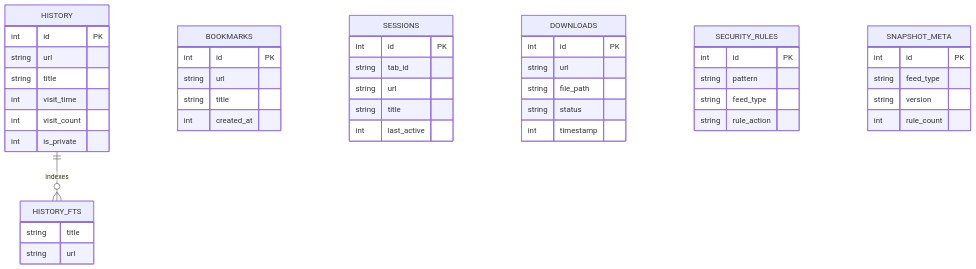
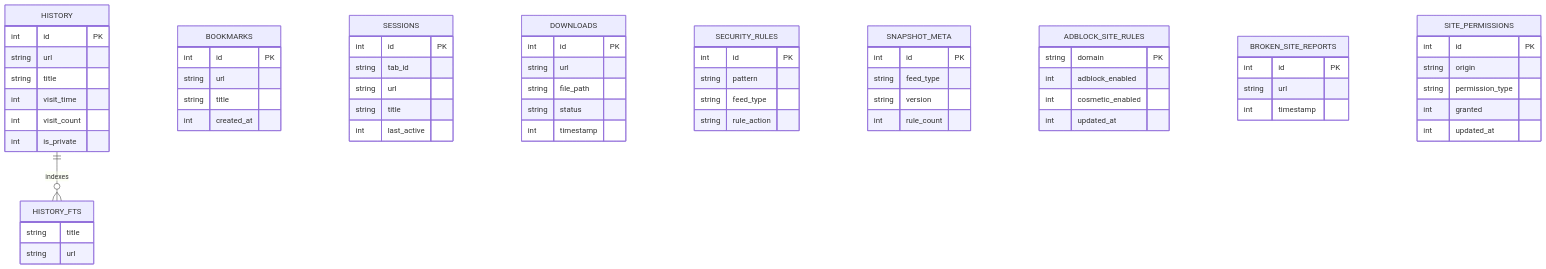
Before and after one commit to gintama1018/BRO: the eighth of 8 diagrams in README.md, drawn with Mermaid. The commit also changed other lines of this file and 1 other file, not shown here.

````diff
--- a/README.md
+++ b/README.md
@@ -478,54 +552,75 @@
 ```mermaid
 erDiagram
     HISTORY ||--o{ HISTORY_FTS : "indexes"
     HISTORY {
         int id PK
         string url
         string title
         int visit_time
         int visit_count
         int is_private
     }
 
     HISTORY_FTS {
         string title
         string url
     }
 
     BOOKMARKS {
         int id PK
         string url
         string title
         int created_at
     }
 
     SESSIONS {
         int id PK
         string tab_id
         string url
         string title
         int last_active
     }
 
     DOWNLOADS {
         int id PK
         string url
         string file_path
         string status
         int timestamp
     }
 
     SECURITY_RULES {
         int id PK
         string pattern
         string feed_type
         string rule_action
     }
 
     SNAPSHOT_META {
         int id PK
         string feed_type
         string version
         int rule_count
     }
+
+    ADBLOCK_SITE_RULES {
+        string domain PK
+        int adblock_enabled
+        int cosmetic_enabled
+        int updated_at
+    }
+
+    BROKEN_SITE_REPORTS {
+        int id PK
+        string url
+        int timestamp
+    }
+
+    SITE_PERMISSIONS {
+        int id PK
+        string origin
+        string permission_type
+        int granted
+        int updated_at
+    }
 ```
````
